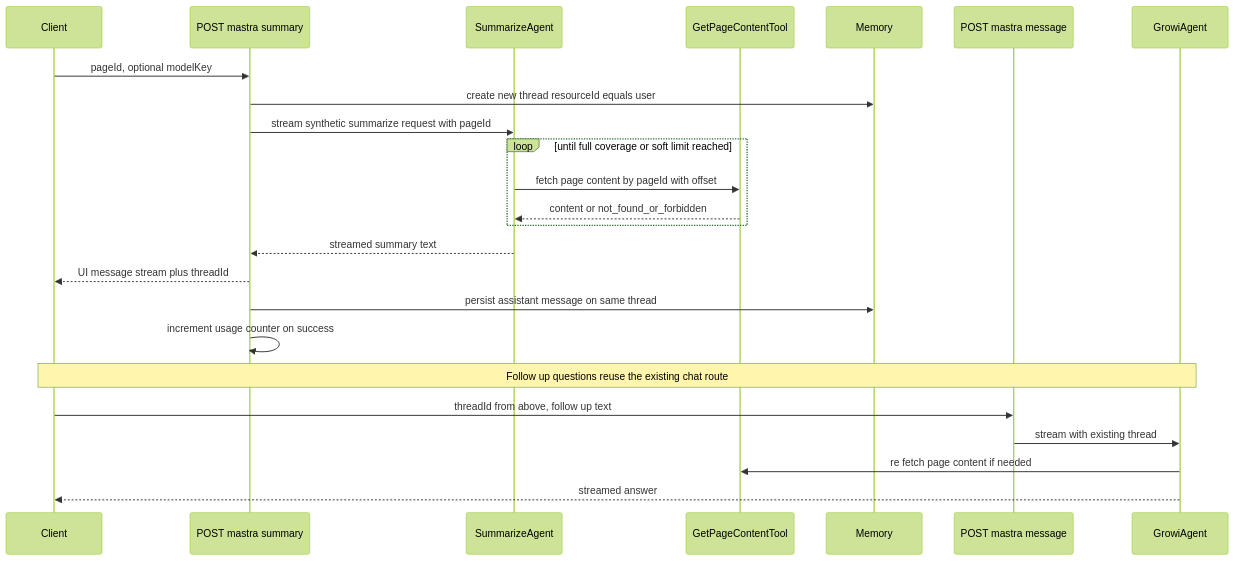
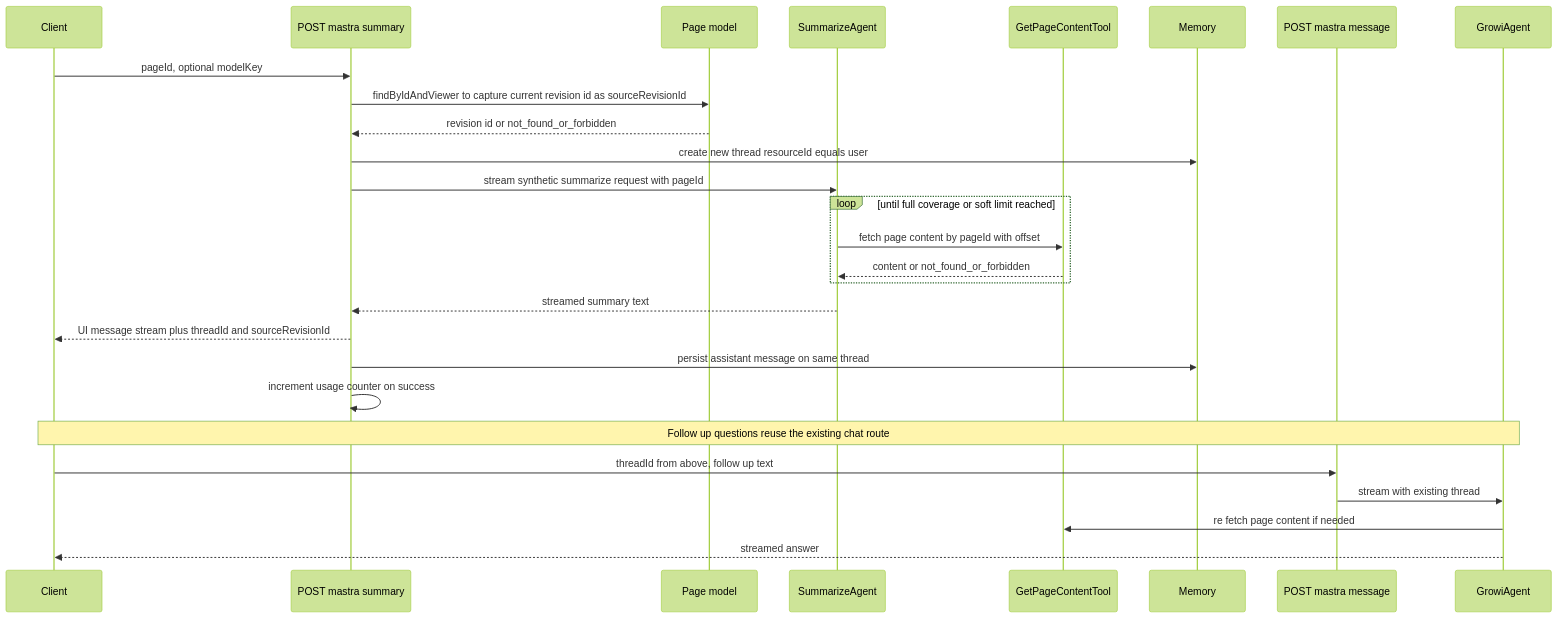
Before and after one commit to growilabs/growi: the second of 4 diagrams in .kiro/specs/ai-summarize/design.md, drawn with Mermaid (forest theme). The commit also changed other lines of this file and 3 other files, not shown here.

````diff
--- a/.kiro/specs/ai-summarize/design.md
+++ b/.kiro/specs/ai-summarize/design.md
@@ -142,28 +187,31 @@
 ```mermaid
 sequenceDiagram
     participant Client
     participant SummaryRoute as POST mastra summary
+    participant PageModel as Page model
     participant SummarizeAgent
     participant GetPageContentTool
     participant Memory
     participant MessageRoute as POST mastra message
     participant GrowiAgent
 
     Client->>SummaryRoute: pageId, optional modelKey
+    SummaryRoute->>PageModel: findByIdAndViewer to capture current revision id as sourceRevisionId
+    PageModel-->>SummaryRoute: revision id or not_found_or_forbidden
     SummaryRoute->>Memory: create new thread resourceId equals user
     SummaryRoute->>SummarizeAgent: stream synthetic summarize request with pageId
     loop until full coverage or soft limit reached
         SummarizeAgent->>GetPageContentTool: fetch page content by pageId with offset
         GetPageContentTool-->>SummarizeAgent: content or not_found_or_forbidden
     end
     SummarizeAgent-->>SummaryRoute: streamed summary text
-    SummaryRoute-->>Client: UI message stream plus threadId
+    SummaryRoute-->>Client: UI message stream plus threadId and sourceRevisionId
     SummaryRoute->>Memory: persist assistant message on same thread
     SummaryRoute->>SummaryRoute: increment usage counter on success
 
     Note over Client,GrowiAgent: Follow up questions reuse the existing chat route
     Client->>MessageRoute: threadId from above, follow up text
     MessageRoute->>GrowiAgent: stream with existing thread
     GrowiAgent->>GetPageContentTool: re fetch page content if needed
     GrowiAgent-->>Client: streamed answer
 ```
````
